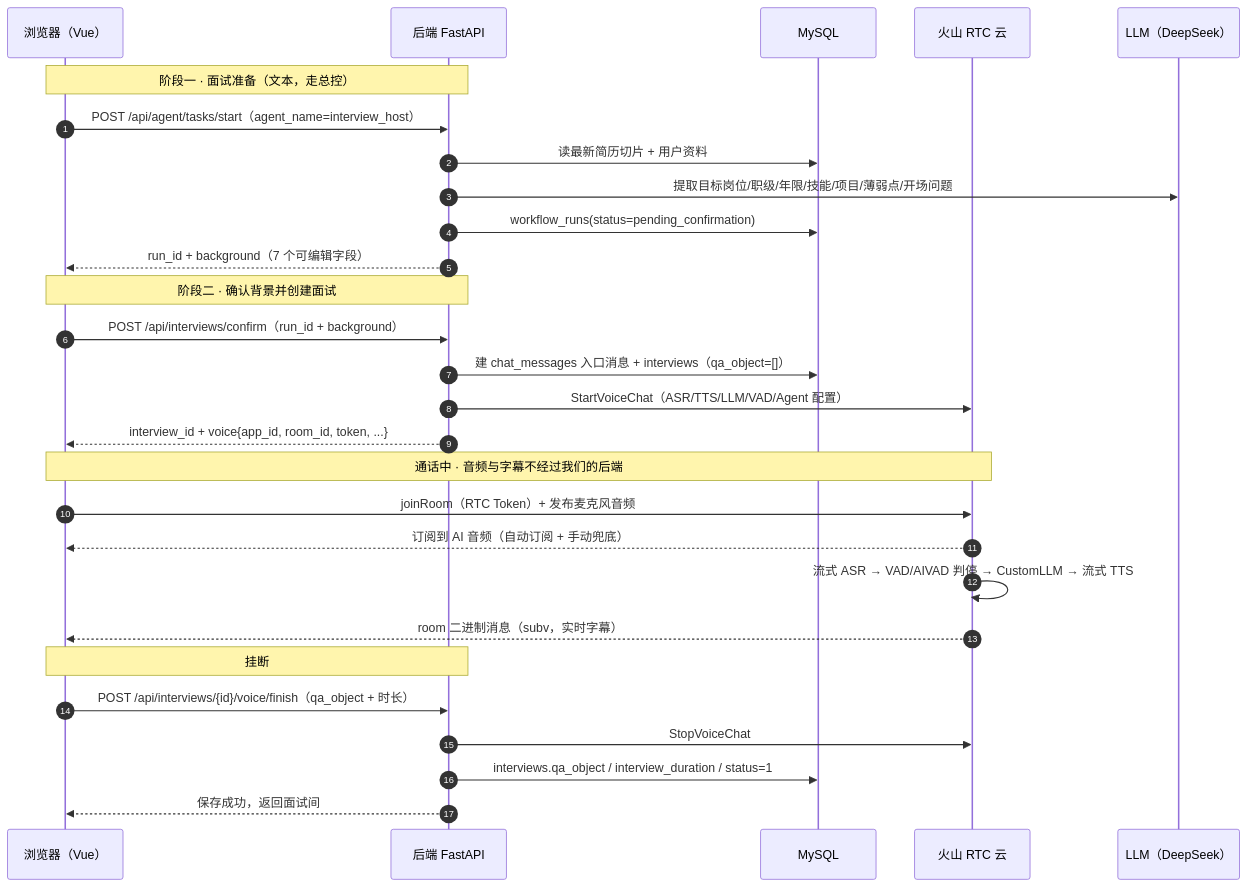
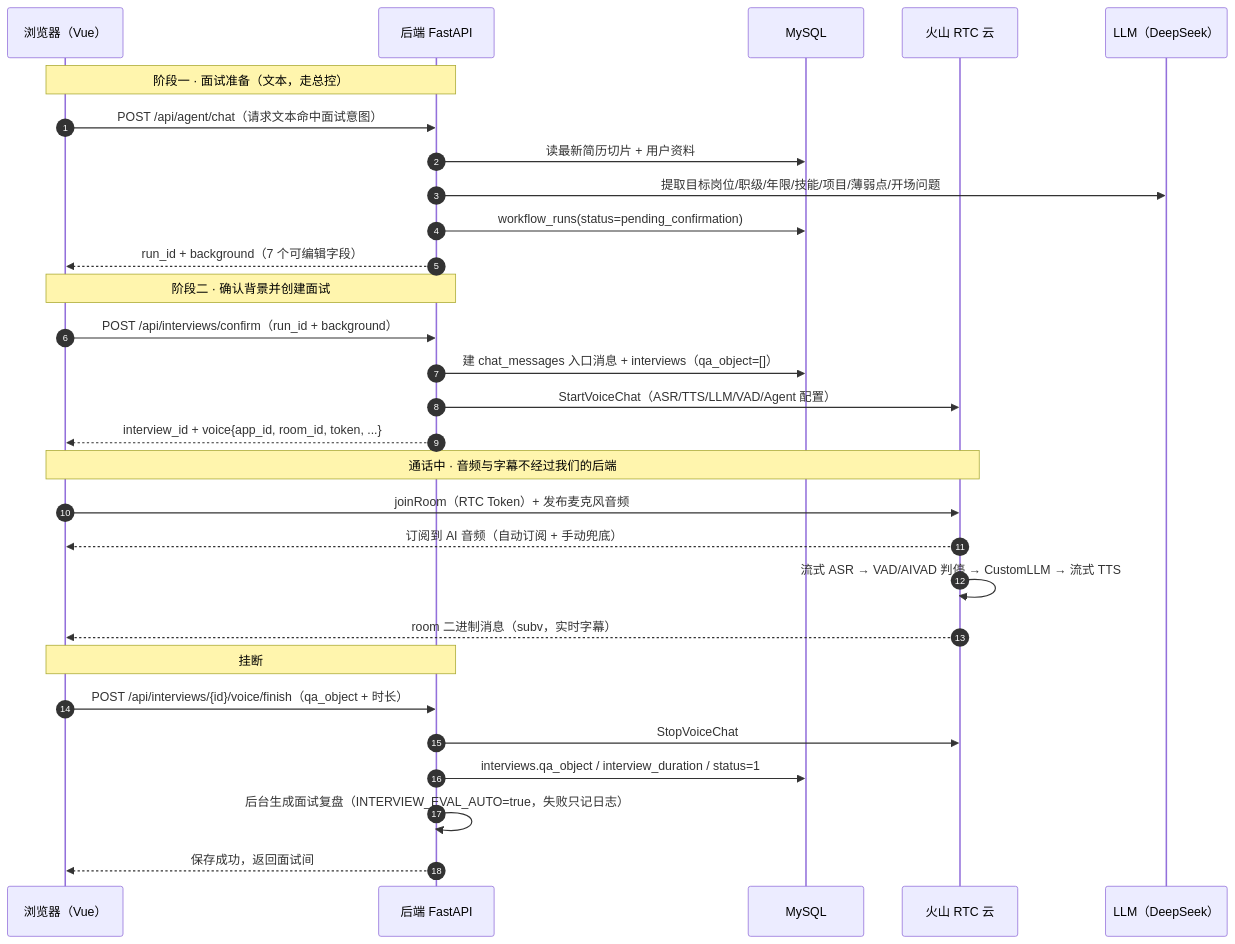
One commit to jiayinjiang-pistachio/study-pass-ai changed the second of 8 diagrams in agent-backend/docs/voice-interview-design.md. Above: the diagram before and after it, drawn with Mermaid. The commit also changed other lines of this file and 56 other files, not shown here.

````diff
--- a/agent-backend/docs/voice-interview-design.md
+++ b/agent-backend/docs/voice-interview-design.md
@@ -78,34 +78,35 @@
 ```mermaid
 sequenceDiagram
     autonumber
     participant FE as 浏览器（Vue）
     participant API as 后端 FastAPI
     participant DB as MySQL
     participant RTC as 火山 RTC 云
     participant LLM as LLM（DeepSeek）
 
     Note over FE,API: 阶段一 · 面试准备（文本，走总控）
-    FE->>API: POST /api/agent/tasks/start（agent_name=interview_host）
+    FE->>API: POST /api/agent/chat（请求文本命中面试意图）
     API->>DB: 读最新简历切片 + 用户资料
     API->>LLM: 提取目标岗位/职级/年限/技能/项目/薄弱点/开场问题
     API->>DB: workflow_runs(status=pending_confirmation)
     API-->>FE: run_id + background（7 个可编辑字段）
 
     Note over FE,API: 阶段二 · 确认背景并创建面试
     FE->>API: POST /api/interviews/confirm（run_id + background）
     API->>DB: 建 chat_messages 入口消息 + interviews（qa_object=[]）
     API->>RTC: StartVoiceChat（ASR/TTS/LLM/VAD/Agent 配置）
     API-->>FE: interview_id + voice{app_id, room_id, token, ...}
 
     Note over FE,RTC: 通话中 · 音频与字幕不经过我们的后端
     FE->>RTC: joinRoom（RTC Token）+ 发布麦克风音频
     RTC-->>FE: 订阅到 AI 音频（自动订阅 + 手动兜底）
     RTC->>RTC: 流式 ASR → VAD/AIVAD 判停 → CustomLLM → 流式 TTS
     RTC-->>FE: room 二进制消息（subv，实时字幕）
 
     Note over FE,API: 挂断
     FE->>API: POST /api/interviews/{id}/voice/finish（qa_object + 时长）
     API->>RTC: StopVoiceChat
     API->>DB: interviews.qa_object / interview_duration / status=1
+    API->>API: 后台生成面试复盘（INTERVIEW_EVAL_AUTO=true，失败只记日志）
     API-->>FE: 保存成功，返回面试间
 ```
````
